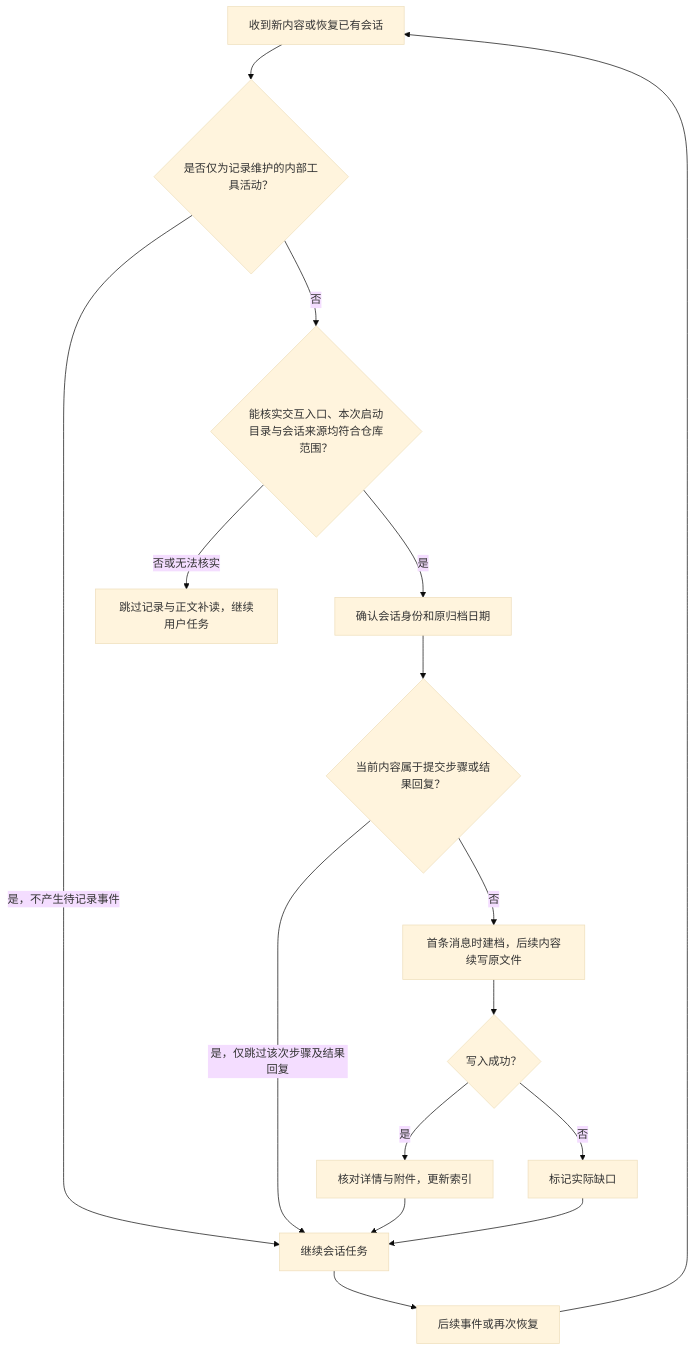
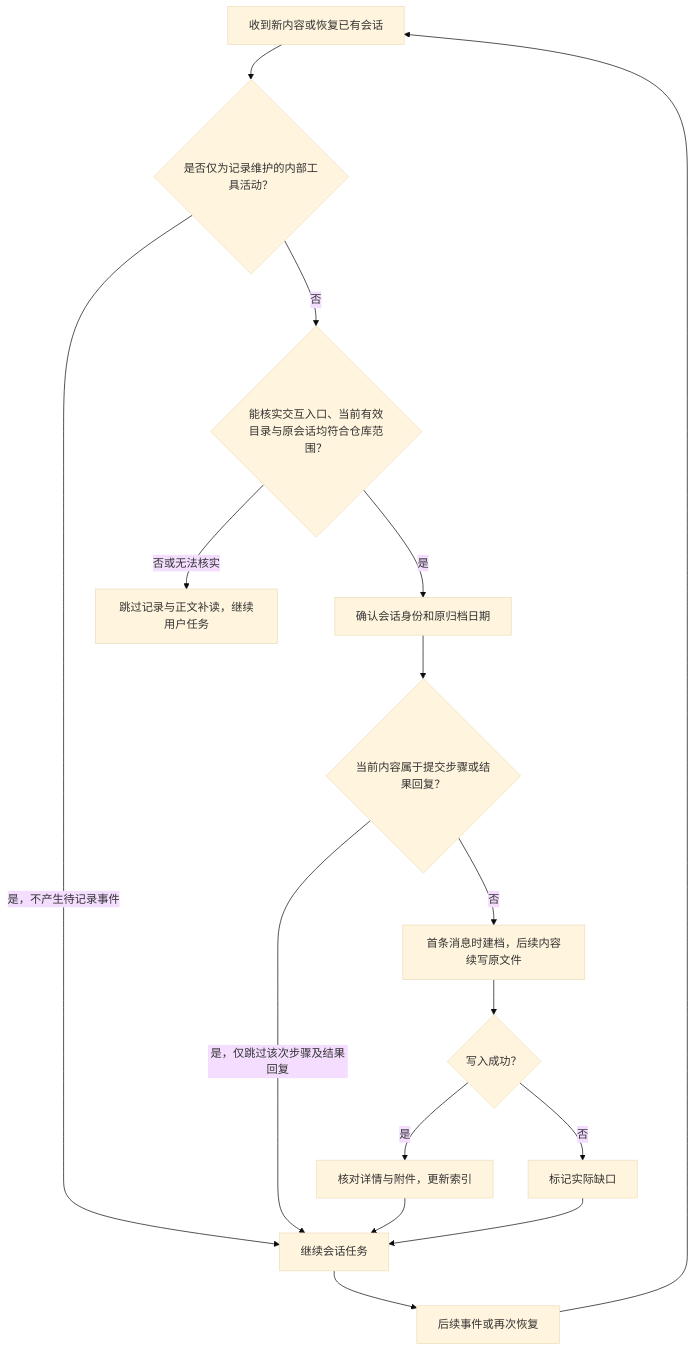
The first of 4 diagrams in specs/skills/002-conversation-to-skill/diagrams.md (Ena-Heleneto/agent-foundry), drawn with Mermaid (base theme) before and after one commit. The commit also changed 51 other files, not shown here.

````diff
--- a/specs/skills/002-conversation-to-skill/diagrams.md
+++ b/specs/skills/002-conversation-to-skill/diagrams.md
@@ -7,18 +7,18 @@
 ```mermaid
 flowchart TD
     A["收到新内容或恢复已有会话"] --> R{"是否仅为记录维护的内部工具活动？"}
     R -->|是，不产生待记录事件| G
-    R -->|否| I{"能核实交互入口、本次启动目录与会话来源均符合仓库范围？"}
+    R -->|否| I{"能核实交互入口、当前有效目录与原会话均符合仓库范围？"}
     I -->|是| B["确认会话身份和原归档日期"]
     I -->|否或无法核实| J["跳过记录与正文补读，继续用户任务"]
     B --> K{"当前内容属于提交步骤或结果回复？"}
     K -->|是，仅跳过该次步骤及结果回复| G
     K -->|否| C["首条消息时建档，后续内容续写原文件"]
     C --> D{"写入成功？"}
     D -->|是| E["核对详情与附件，更新索引"]
     D -->|否| F["标记实际缺口"]
     E --> G["继续会话任务"]
     F --> G
     G --> H["后续事件或再次恢复"]
     H --> A
 ```
````
